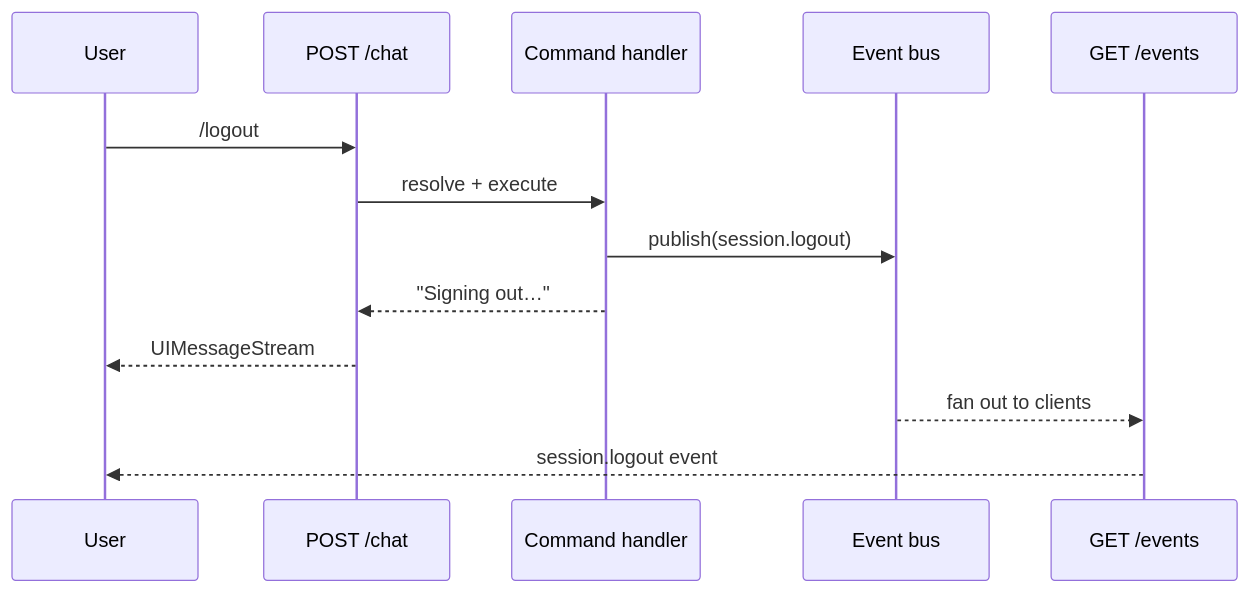
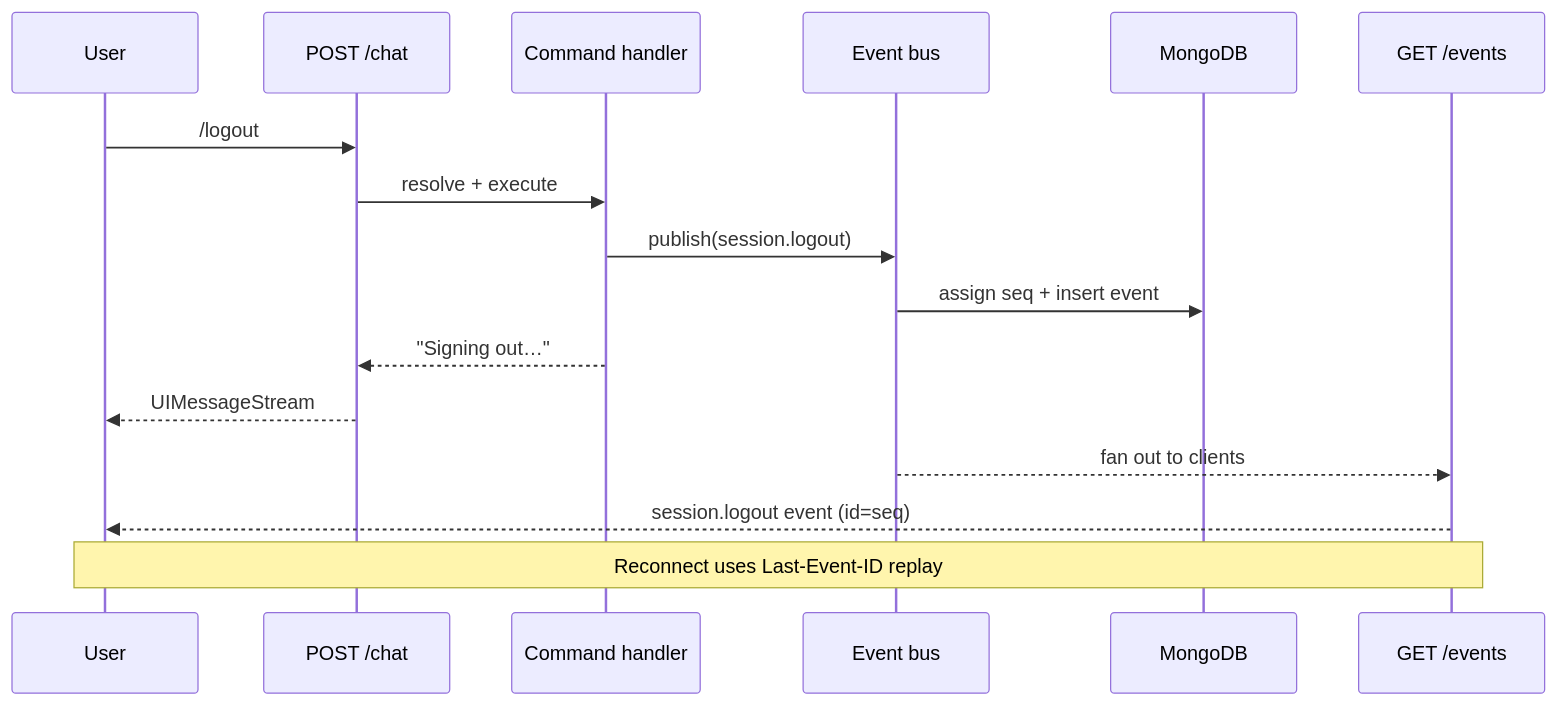
The second of 4 diagrams in docs/commands-jobs-events.md (trq/flowly), drawn with Mermaid before and after one commit. The commit also changed other lines of this file and 4 other files, not shown here.

````diff
--- a/docs/commands-jobs-events.md
+++ b/docs/commands-jobs-events.md
@@ -57,16 +58,20 @@
 ```mermaid
 sequenceDiagram
   participant User
   participant Chat as POST /chat
   participant Handler as Command handler
   participant Bus as Event bus
+  participant DB as MongoDB
   participant SSE as GET /events
 
   User->>Chat: /logout
   Chat->>Handler: resolve + execute
   Handler->>Bus: publish(session.logout)
+  Bus->>DB: assign seq + insert event
   Handler-->>Chat: "Signing out…"
   Chat-->>User: UIMessageStream
   Bus-->>SSE: fan out to clients
-  SSE-->>User: session.logout event
+  SSE-->>User: session.logout event (id=seq)
+
+  Note over SSE,User: Reconnect uses Last-Event-ID replay
 ```
````
